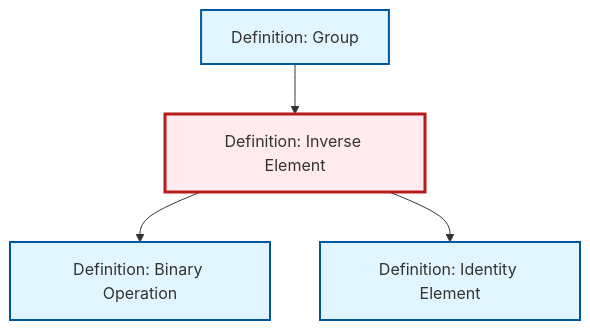
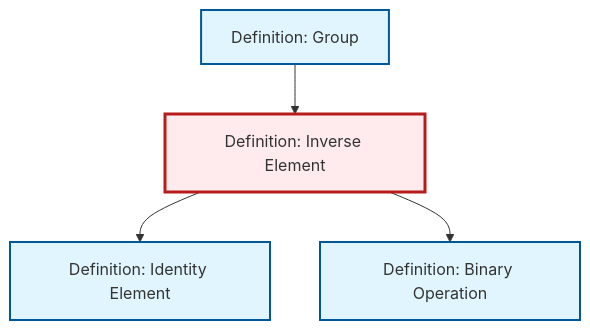
One commit to RK0429/ModernMath changed the diagram in content/ja/algebra/def-inverse-element.qmd. Above: the diagram before and after it, drawn with Mermaid. The commit also changed other lines of this file and 581 other files, not shown here.

````diff
--- a/content/ja/algebra/def-inverse-element.qmd
+++ b/content/ja/algebra/def-inverse-element.qmd
@@ -84,20 +84,20 @@
 ```{mermaid}
 %%| fig-cap: "Local dependency graph"
 graph TD
     classDef definition fill:#e1f5fe,stroke:#01579b,stroke-width:2px
     classDef theorem fill:#f3e5f5,stroke:#4a148c,stroke-width:2px
     classDef axiom fill:#fff3e0,stroke:#e65100,stroke-width:2px
     classDef example fill:#e8f5e9,stroke:#1b5e20,stroke-width:2px
     classDef current fill:#ffebee,stroke:#b71c1c,stroke-width:3px
     def-group["Definition: Group"]:::definition
     def-binary-operation["Definition: Binary Operation"]:::definition
+    def-inverse-element["Definition: Inverse Element"]:::definition
     def-identity-element["Definition: Identity Element"]:::definition
-    def-inverse-element["Definition: Inverse Element"]:::definition
-    def-inverse-element --> def-binary-operation
     def-group --> def-inverse-element
     def-inverse-element --> def-identity-element
+    def-inverse-element --> def-binary-operation
     class def-inverse-element current
     click def-group "def-group.html" "Definition: Groupへ"
     click def-binary-operation "def-binary-operation.html" "Definition: Binary Operationへ"
     click def-identity-element "def-identity-element.html" "Definition: Identity Elementへ"
 ```
````
